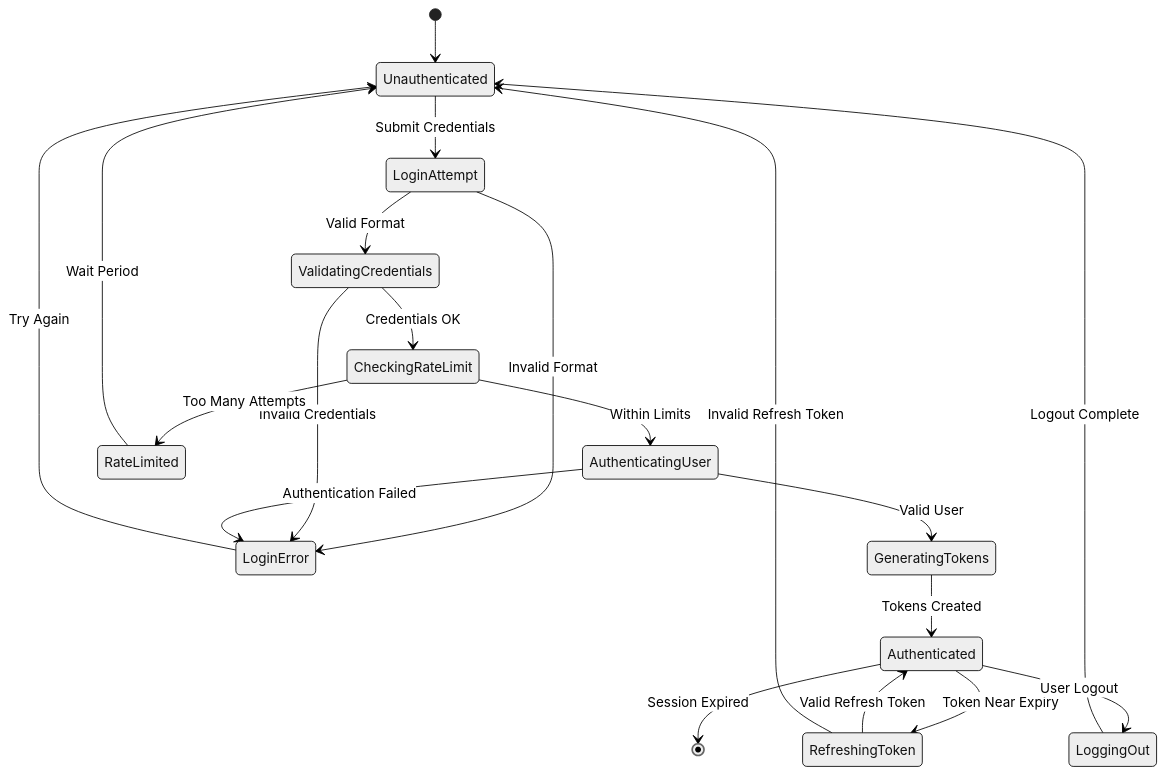
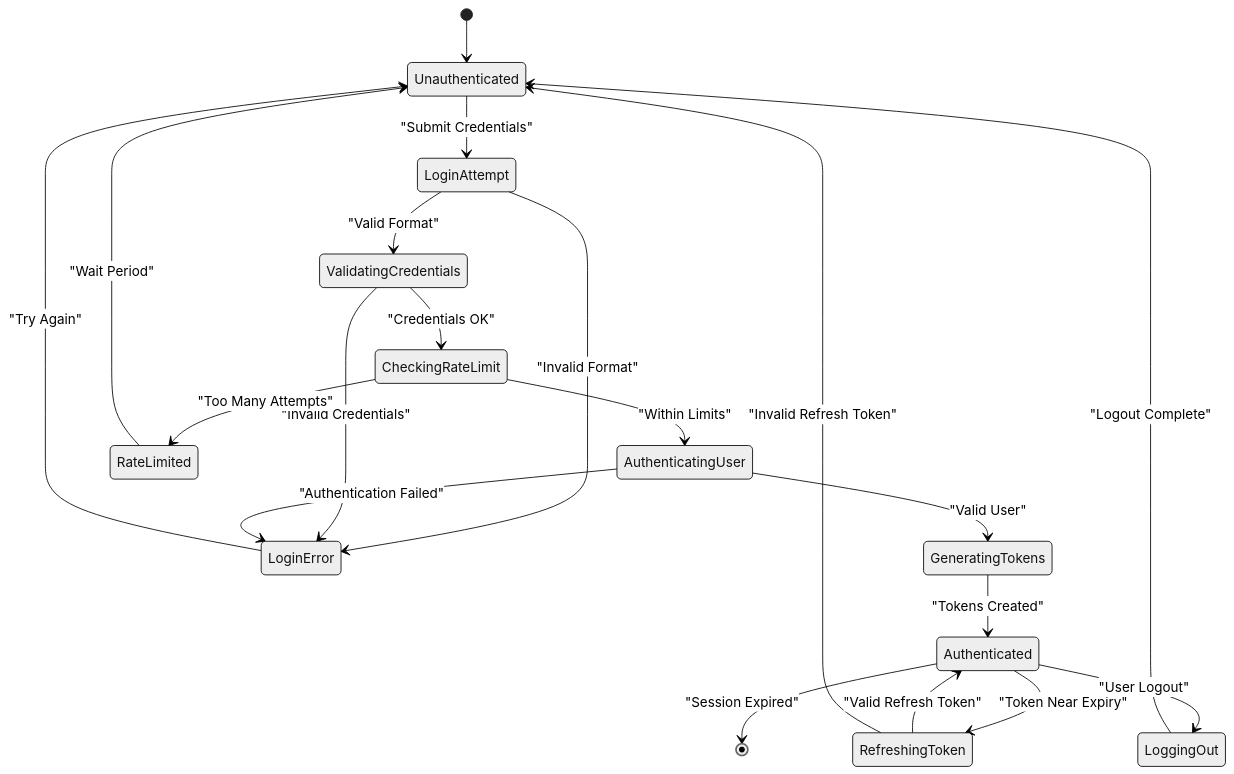
Before and after one commit to felixep/harborlist-marketplace: the fourth of 7 diagrams in docs/architecture/api-architecture.md, drawn with Mermaid (neutral theme). The commit also changed other lines of this file and 8 other files, not shown here.

First line of the commit message:
🔧 Fix Mermaid diagram rendering issues while preserving layouts

````diff
--- a/docs/architecture/api-architecture.md
+++ b/docs/architecture/api-architecture.md
@@ -197,30 +197,30 @@
 ```mermaid
 stateDiagram-v2
     [*] --> Unauthenticated
     
-    Unauthenticated --> LoginAttempt : Submit Credentials
-    LoginAttempt --> ValidatingCredentials : Valid Format
-    LoginAttempt --> LoginError : Invalid Format
+    Unauthenticated --> LoginAttempt : "Submit Credentials"
+    LoginAttempt --> ValidatingCredentials : "Valid Format"
+    LoginAttempt --> LoginError : "Invalid Format"
     
-    ValidatingCredentials --> CheckingRateLimit : Credentials OK
-    ValidatingCredentials --> LoginError : Invalid Credentials
+    ValidatingCredentials --> CheckingRateLimit : "Credentials OK"
+    ValidatingCredentials --> LoginError : "Invalid Credentials"
     
-    CheckingRateLimit --> AuthenticatingUser : Within Limits
-    CheckingRateLimit --> RateLimited : Too Many Attempts
+    CheckingRateLimit --> AuthenticatingUser : "Within Limits"
+    CheckingRateLimit --> RateLimited : "Too Many Attempts"
     
-    AuthenticatingUser --> GeneratingTokens : Valid User
-    AuthenticatingUser --> LoginError : Authentication Failed
+    AuthenticatingUser --> GeneratingTokens : "Valid User"
+    AuthenticatingUser --> LoginError : "Authentication Failed"
     
-    GeneratingTokens --> Authenticated : Tokens Created
+    GeneratingTokens --> Authenticated : "Tokens Created"
     
-    Authenticated --> RefreshingToken : Token Near Expiry
-    Authenticated --> LoggingOut : User Logout
-    Authenticated --> [*] : Session Expired
+    Authenticated --> RefreshingToken : "Token Near Expiry"
+    Authenticated --> LoggingOut : "User Logout"
+    Authenticated --> [*] : "Session Expired"
     
-    RefreshingToken --> Authenticated : Valid Refresh Token
-    RefreshingToken --> Unauthenticated : Invalid Refresh Token
+    RefreshingToken --> Authenticated : "Valid Refresh Token"
+    RefreshingToken --> Unauthenticated : "Invalid Refresh Token"
     
-    LoggingOut --> Unauthenticated : Logout Complete
-    LoginError --> Unauthenticated : Try Again
-    RateLimited --> Unauthenticated : Wait Period
+    LoggingOut --> Unauthenticated : "Logout Complete"
+    LoginError --> Unauthenticated : "Try Again"
+    RateLimited --> Unauthenticated : "Wait Period"
 ```
````
